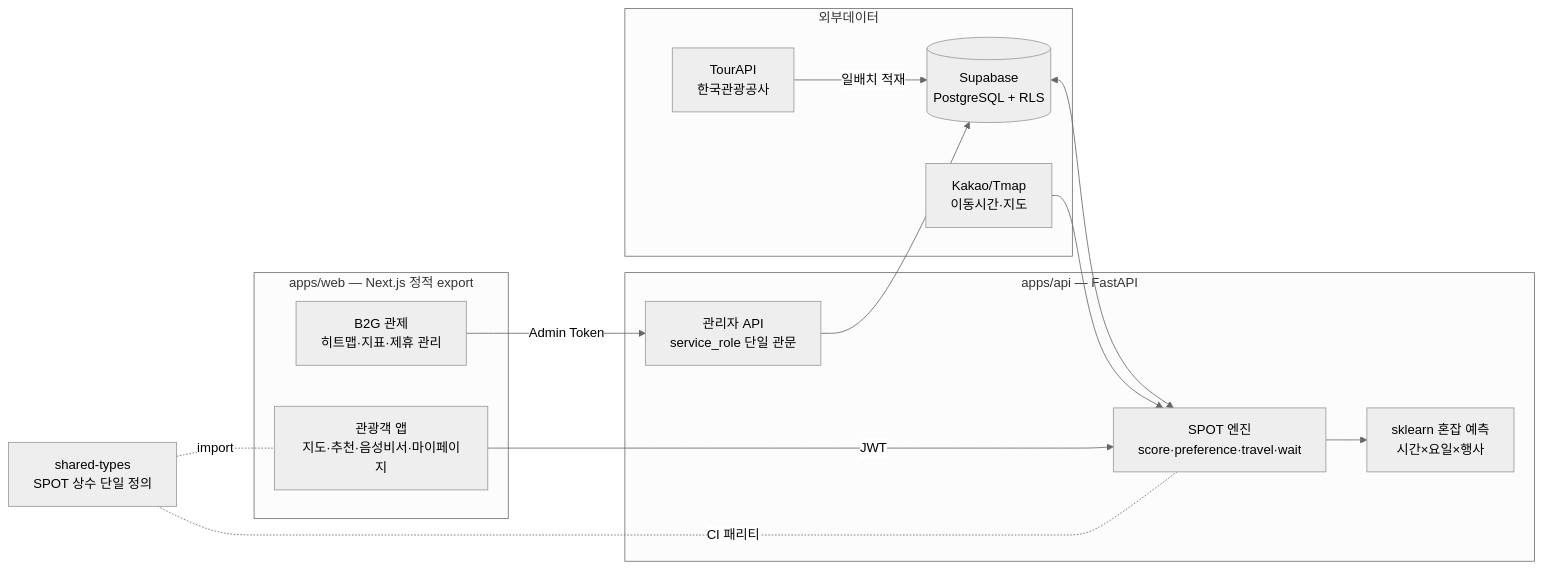
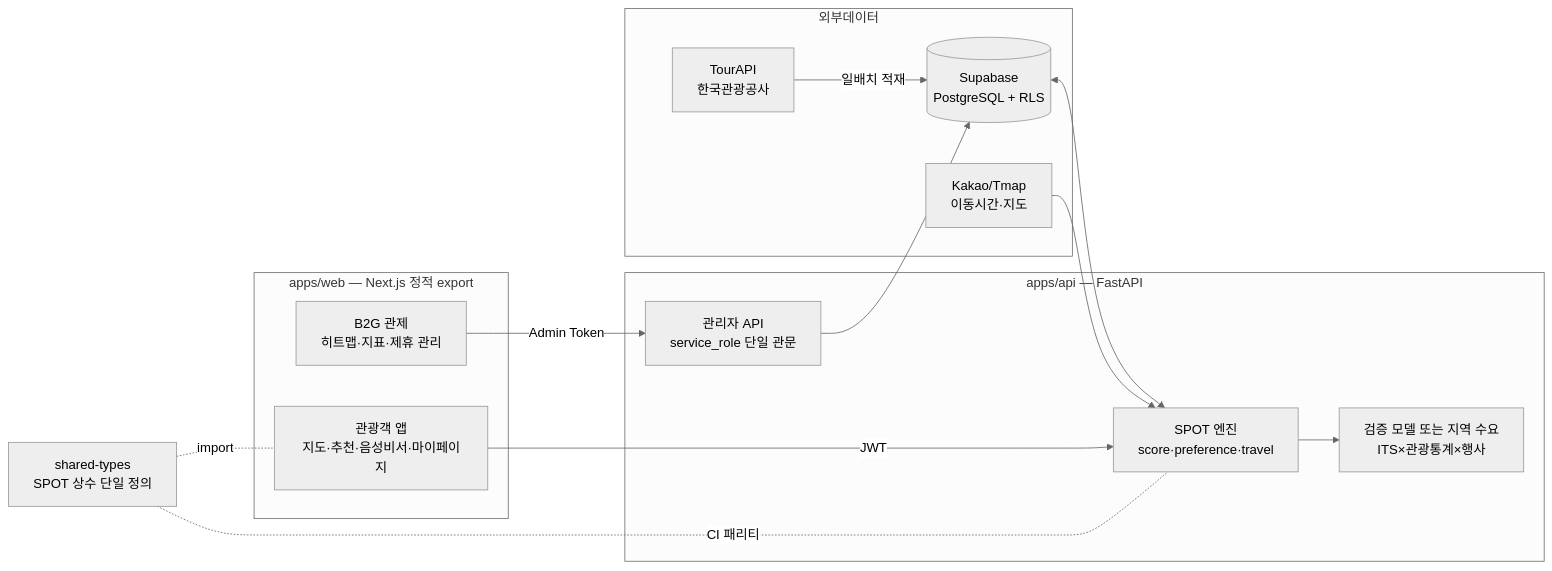
The diagram in README.md (NextSpot-knu/NextSpot), drawn with Mermaid (neutral theme) before and after one commit. The commit also changed other lines of this file and 31 other files, not shown here.

````diff
--- a/README.md
+++ b/README.md
@@ -58,22 +96,22 @@
 ```mermaid
 flowchart LR
     subgraph 외부데이터
         T[TourAPI<br/>한국관광공사] -->|일배치 적재| DB[(Supabase<br/>PostgreSQL + RLS)]
         K[Kakao/Tmap<br/>이동시간·지도]
     end
     subgraph "apps/api — FastAPI"
-        S[SPOT 엔진<br/>score·preference·travel·wait] --> P[sklearn 혼잡 예측<br/>시간×요일×행사]
+        S[SPOT 엔진<br/>score·preference·travel] --> P[검증 모델 또는 지역 수요<br/>ITS×관광통계×행사]
         A[관리자 API<br/>service_role 단일 관문]
     end
     subgraph "apps/web — Next.js 정적 export"
         U[관광객 앱<br/>지도·추천·음성비서·마이페이지]
         G[B2G 관제<br/>히트맵·지표·제휴 관리]
     end
     DB <--> S
     K --> S
     U -->|JWT| S
     G -->|Admin Token| A
     A --> DB
     ST[shared-types<br/>SPOT 상수 단일 정의] -.CI 패리티.- S
     ST -.import.- U
 ```
````
